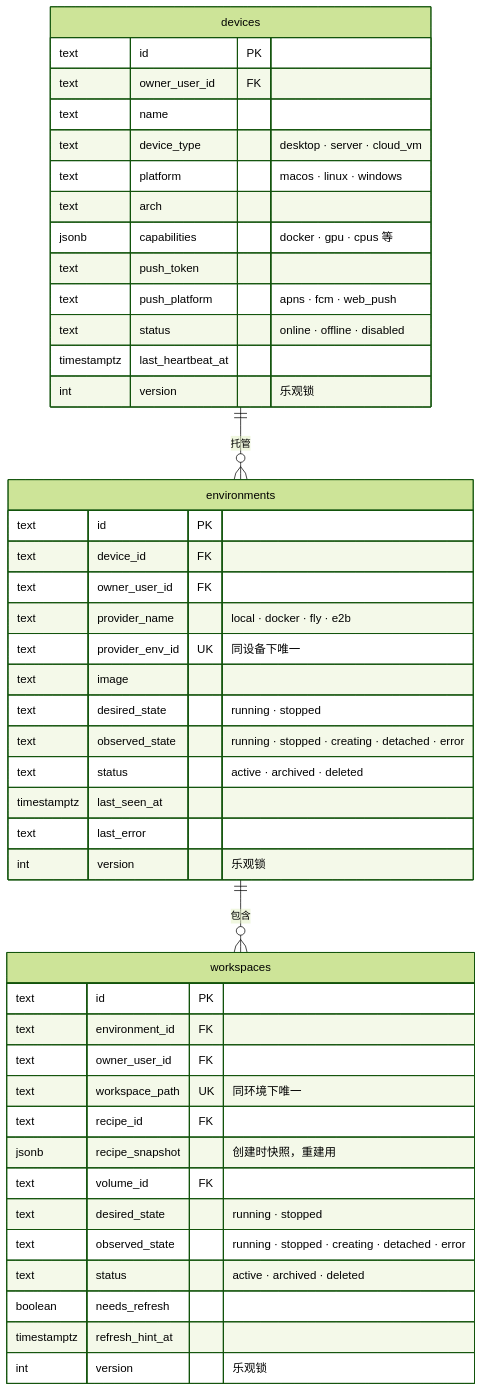
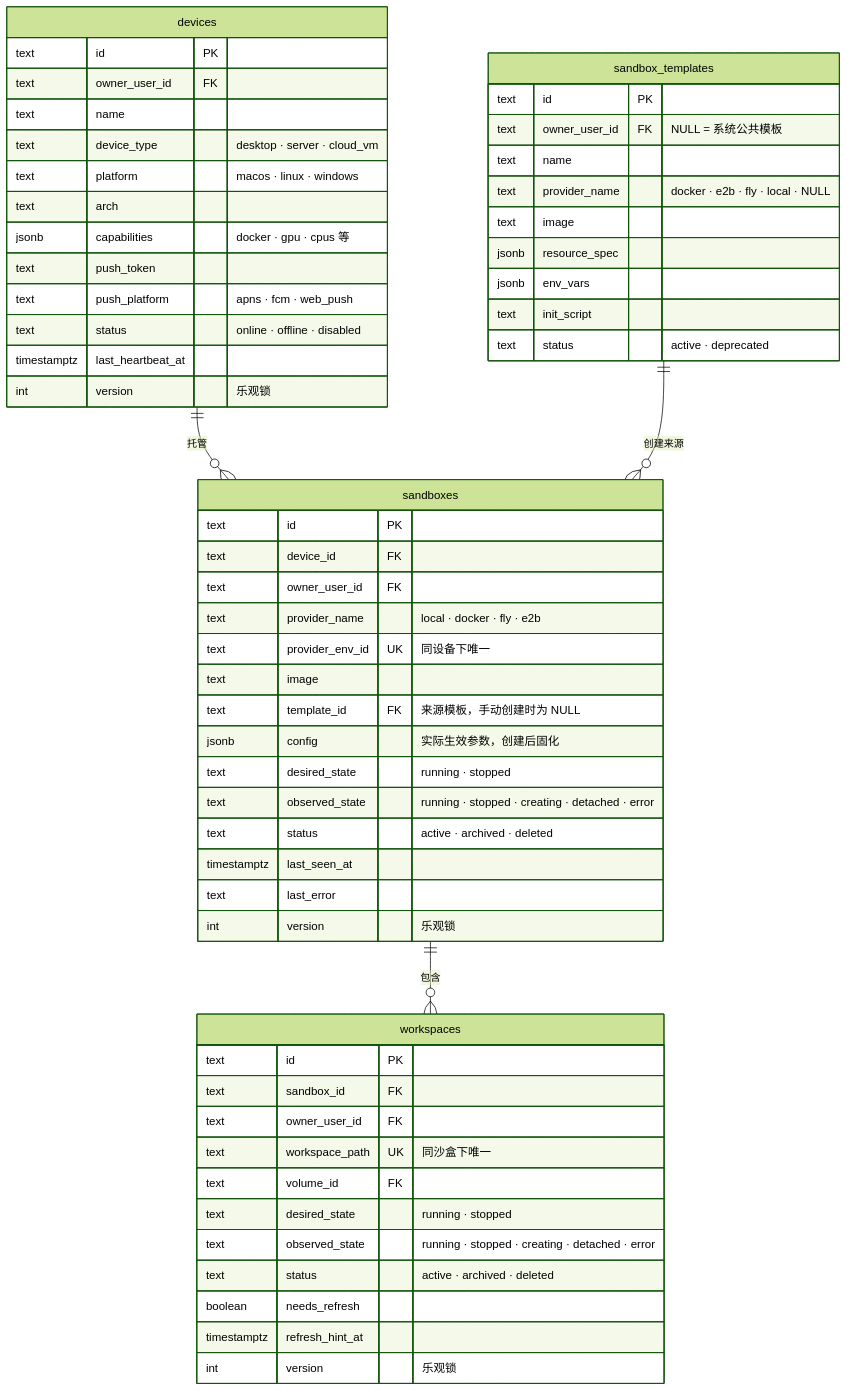
Before and after one commit to nmhjklnm/mycel-db-design: the fifth of 6 diagrams in overview.md, drawn with Mermaid (forest theme). The commit also changed other lines of this file and 2 other files, not shown here.

Commit message:
refactor(container): rename environments→sandboxes, add sandbox_templates, lean workspaces

````diff
--- a/overview.md
+++ b/overview.md
@@ -433,49 +433,61 @@
 ```mermaid
 erDiagram
     devices {
         text id PK
         text owner_user_id FK
         text name
         text device_type "desktop · server · cloud_vm"
         text platform "macos · linux · windows"
         text arch
         jsonb capabilities "docker · gpu · cpus 等"
         text push_token
         text push_platform "apns · fcm · web_push"
         text status "online · offline · disabled"
         timestamptz last_heartbeat_at
         int version "乐观锁"
     }
-    environments {
+    sandbox_templates {
+        text id PK
+        text owner_user_id FK "NULL = 系统公共模板"
+        text name
+        text provider_name "docker · e2b · fly · local · NULL"
+        text image
+        jsonb resource_spec
+        jsonb env_vars
+        text init_script
+        text status "active · deprecated"
+    }
+    sandboxes {
         text id PK
         text device_id FK
         text owner_user_id FK
         text provider_name "local · docker · fly · e2b"
         text provider_env_id UK "同设备下唯一"
         text image
+        text template_id FK "来源模板，手动创建时为 NULL"
+        jsonb config "实际生效参数，创建后固化"
         text desired_state "running · stopped"
         text observed_state "running · stopped · creating · detached · error"
         text status "active · archived · deleted"
         timestamptz last_seen_at
         text last_error
         int version "乐观锁"
     }
     workspaces {
         text id PK
-        text environment_id FK
+        text sandbox_id FK
         text owner_user_id FK
-        text workspace_path UK "同环境下唯一"
-        text recipe_id FK
-        jsonb recipe_snapshot "创建时快照，重建用"
+        text workspace_path UK "同沙盒下唯一"
         text volume_id FK
         text desired_state "running · stopped"
         text observed_state "running · stopped · creating · detached · error"
         text status "active · archived · deleted"
         boolean needs_refresh
         timestamptz refresh_hint_at
         int version "乐观锁"
     }
 
-    devices ||--o{ environments : "托管"
-    environments ||--o{ workspaces : "包含"
+    devices ||--o{ sandboxes : "托管"
+    sandbox_templates ||--o{ sandboxes : "创建来源"
+    sandboxes ||--o{ workspaces : "包含"
 ```
````
